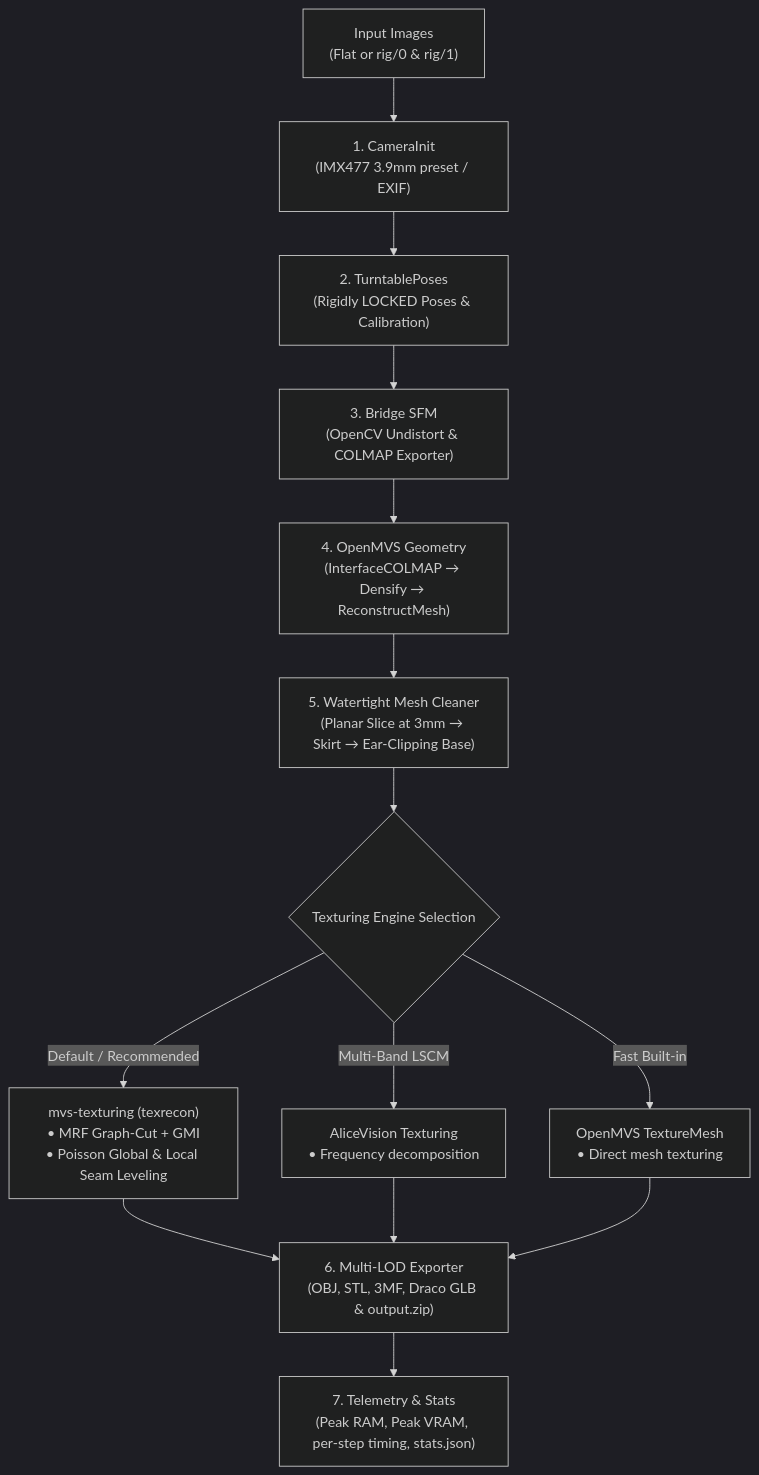
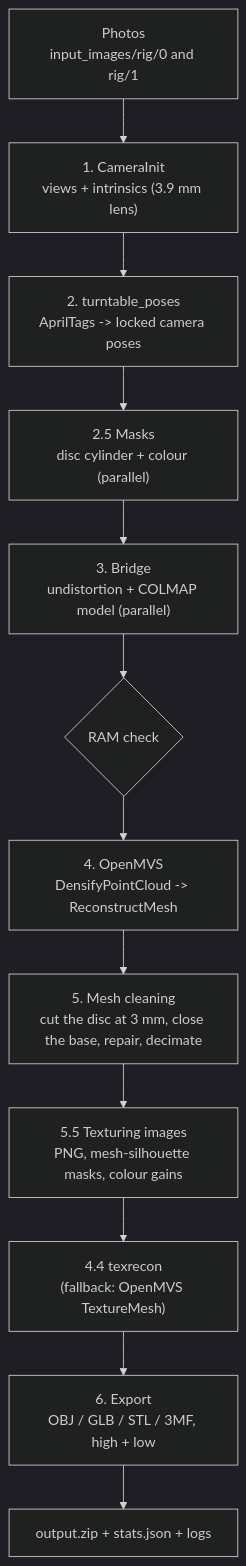
One commit to AlinC10/photogrammetry_pipeline changed the diagram in README.md. Above: the diagram before and after it, drawn with Mermaid (dark theme). The commit also changed other lines of this file and 92 other files, not shown here.

````diff
--- a/README.md
+++ b/README.md
@@ -9,16 +17,14 @@
 ```mermaid
 flowchart TD
-    A["Input Images<br/>(Flat or rig/0 & rig/1)"] --> B["1. CameraInit<br/>(IMX477 3.9mm preset / EXIF)"]
-    B --> C["2. TurntablePoses<br/>(Rigidly LOCKED Poses & Calibration)"]
-    C --> D["3. Bridge SFM<br/>(OpenCV Undistort & COLMAP Exporter)"]
-    D --> E["4. OpenMVS Geometry<br/>(InterfaceCOLMAP &rarr; Densify &rarr; ReconstructMesh)"]
-    E --> F["5. Watertight Mesh Cleaner<br/>(Planar Slice at 3mm &rarr; Skirt &rarr; Ear-Clipping Base)"]
-    F --> G{"Texturing Engine Selection"}
-    G -->|Default / Recommended| H1["mvs-texturing (texrecon)<br/>• MRF Graph-Cut + GMI<br/>• Poisson Global & Local Seam Leveling"]
-    G -->|Multi-Band LSCM| H2["AliceVision Texturing<br/>• Frequency decomposition"]
-    G -->|Fast Built-in| H3["OpenMVS TextureMesh<br/>• Direct mesh texturing"]
-    H1 --> I["6. Multi-LOD Exporter<br/>(OBJ, STL, 3MF, Draco GLB & output.zip)"]
-    H2 --> I
-    H3 --> I
-    I --> J["7. Telemetry & Stats<br/>(Peak RAM, Peak VRAM, per-step timing, stats.json)"]
+    A["Photos<br/>input_images/rig/0 and rig/1"] --> B["1. CameraInit<br/>views + intrinsics (3.9 mm lens)"]
+    B --> C["2. turntable_poses<br/>AprilTags -> locked camera poses"]
+    C --> D["2.5 Masks<br/>disc cylinder + colour (parallel)"]
+    D --> E["3. Bridge<br/>undistortion + COLMAP model (parallel)"]
+    E --> R{"RAM check"}
+    R --> F["4. OpenMVS<br/>DensifyPointCloud -> ReconstructMesh"]
+    F --> G["5. Mesh cleaning<br/>cut the disc at 3 mm, close the base, repair, decimate"]
+    G --> H["5.5 Texturing images<br/>PNG, mesh-silhouette masks, colour gains"]
+    H --> T["4.4 texrecon<br/>(fallback: OpenMVS TextureMesh)"]
+    T --> X["6. Export<br/>OBJ / GLB / STL / 3MF, high + low"]
+    X --> Z["output.zip + stats.json + logs"]
 ```
````
